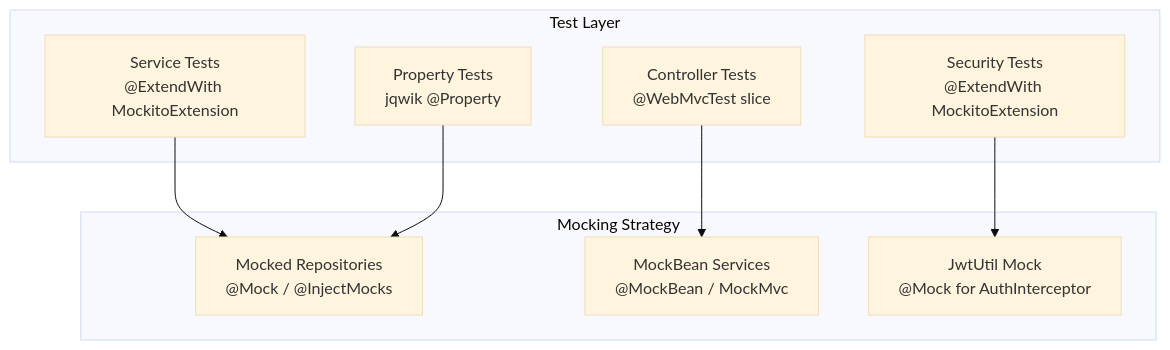
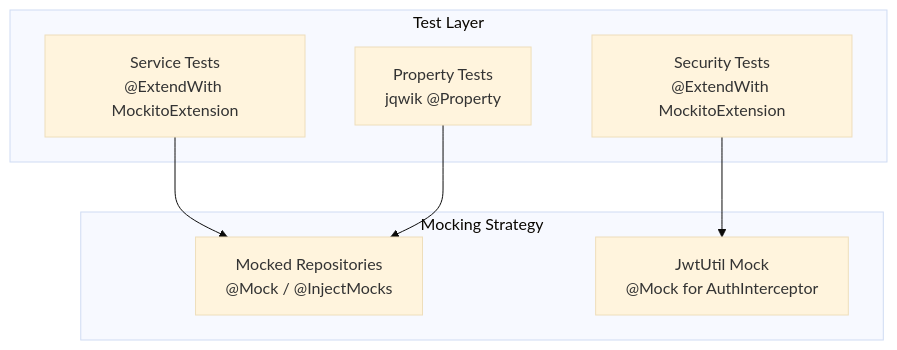
Before and after one commit to JaehoonSong12/PEP-Team02-TheDJs: the diagram in .kiro/specs/test01-unit-test/design.md, drawn with Mermaid (base theme). The commit also changed other lines of this file and 7 other files, not shown here.

````diff
--- a/.kiro/specs/test01-unit-test/design.md
+++ b/.kiro/specs/test01-unit-test/design.md
@@ -16,20 +15,17 @@
 ```mermaid
 graph TD
     subgraph "Test Layer"
         ST[Service Tests<br/>@ExtendWith MockitoExtension]
         SEC[Security Tests<br/>@ExtendWith MockitoExtension]
-        CT[Controller Tests<br/>@WebMvcTest slice]
         PBT[Property Tests<br/>jqwik @Property]
     end
 
     subgraph "Mocking Strategy"
         MR[Mocked Repositories<br/>@Mock / @InjectMocks]
-        MB[MockBean Services<br/>@MockBean / MockMvc]
         JM[JwtUtil Mock<br/>@Mock for AuthInterceptor]
     end
 
     ST --> MR
     SEC --> JM
-    CT --> MB
     PBT --> MR
 ```
````
